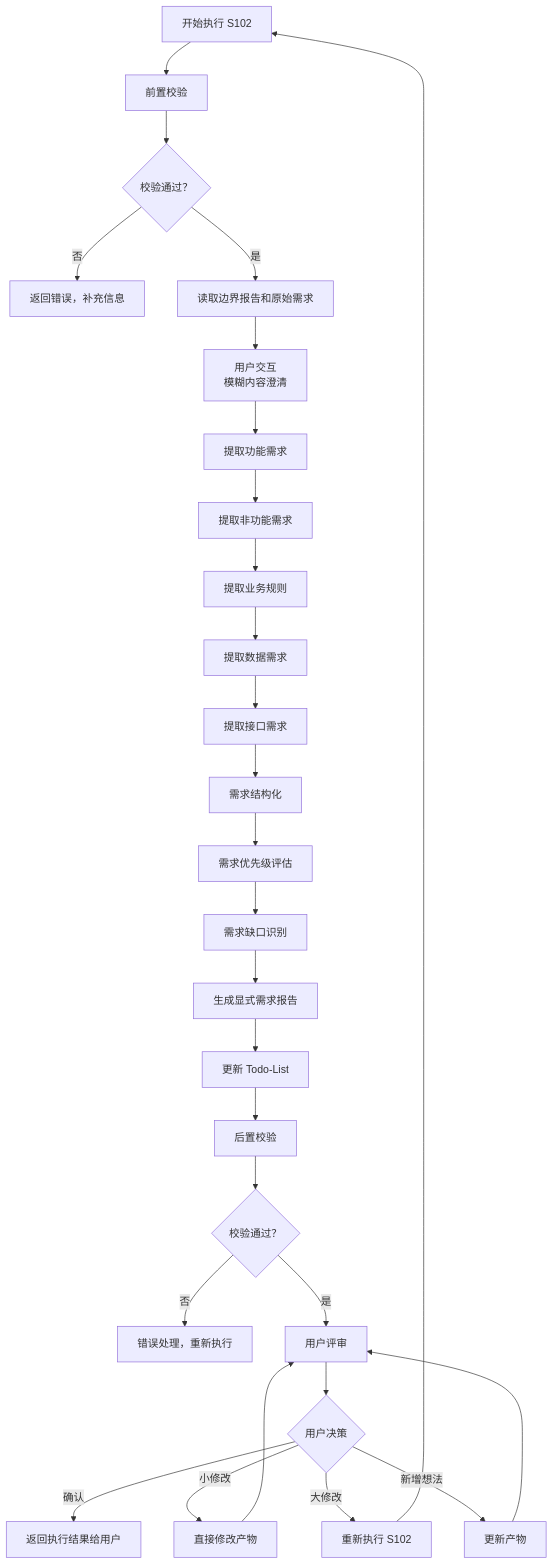
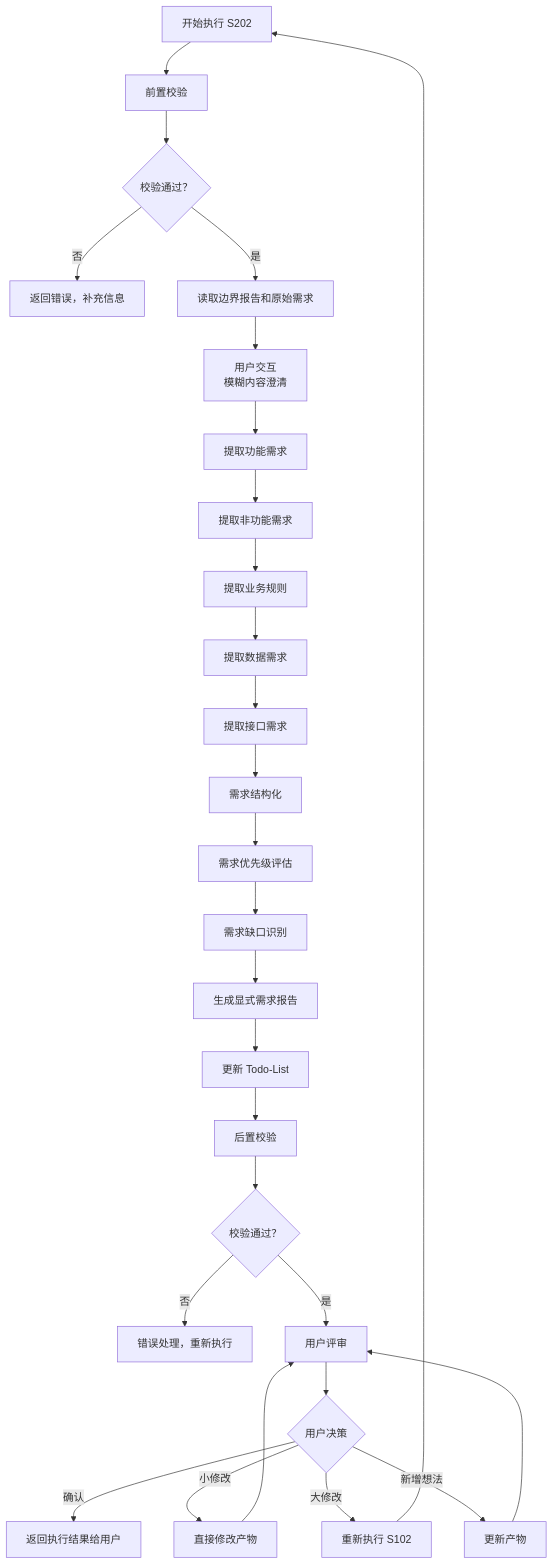
Before and after one commit to HeartFlying/swf: the first of 2 diagrams in skills/s2-explicit/SKILL.md, drawn with Mermaid. The commit also changed other lines of this file and 10 other files, not shown here.

````diff
--- a/skills/s2-explicit/SKILL.md
+++ b/skills/s2-explicit/SKILL.md
@@ -128,30 +128,30 @@
 ```mermaid
 flowchart TD
-    Start[开始执行 S102] --> PreCheck[前置校验]
+    Start[开始执行 S202] --> PreCheck[前置校验]
     PreCheck --> CheckResult{校验通过？}
     CheckResult -->|否| Error[返回错误，补充信息]
     CheckResult -->|是| Read[读取边界报告和原始需求]
     Read --> Interact[用户交互<br/>模糊内容澄清]
     Interact --> FuncReq[提取功能需求]
     FuncReq --> NonFuncReq[提取非功能需求]
     NonFuncReq --> BizRule[提取业务规则]
     BizRule --> DataReq[提取数据需求]
     DataReq --> InterfaceReq[提取接口需求]
     InterfaceReq --> Structure[需求结构化]
     Structure --> Priority[需求优先级评估]
     Priority --> GapIdentify[需求缺口识别]
     GapIdentify --> GenReport[生成显式需求报告]
     GenReport --> UpdateTodo[更新 Todo-List]
     UpdateTodo --> PostCheck[后置校验]
     PostCheck --> PostCheckResult{校验通过？}
     PostCheckResult -->|否| HandleError[错误处理，重新执行]
     PostCheckResult -->|是| Review[用户评审]
     Review --> ReviewResult{用户决策}
     ReviewResult -->|确认| Return[返回执行结果给用户]
     ReviewResult -->|小修改| Modify[直接修改产物]
     ReviewResult -->|大修改| ReExecute[重新执行 S102]
     ReviewResult -->|新增想法| Update[更新产物]
     Modify --> Review
     Update --> Review
     ReExecute --> Start
 ```
````
